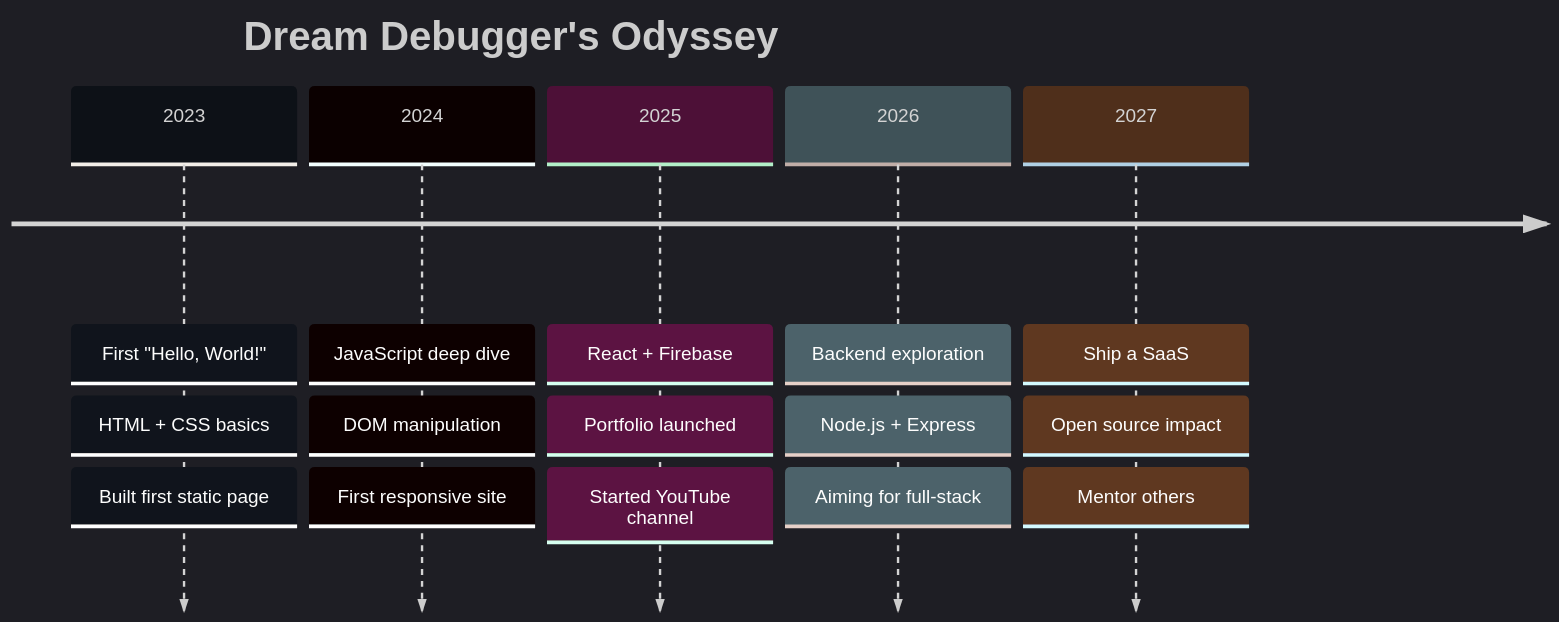
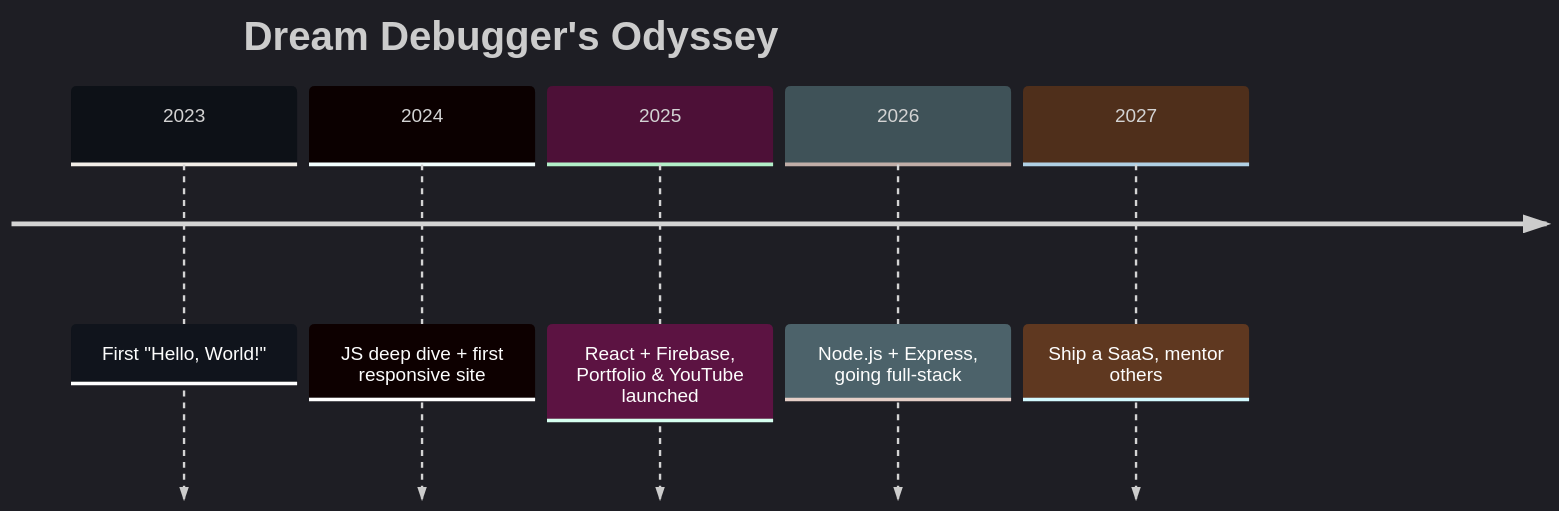
Before and after one commit to Dream-Debugger-Dev/Dream-Debugger-Dev: the diagram in README.md, drawn with Mermaid. The commit also changed other lines of this file and 2 other files, not shown here.

````diff
--- a/README.md
+++ b/README.md
@@ -193,20 +187,10 @@
 ```mermaid
 %%{init: {'theme':'dark', 'themeVariables': { 'primaryColor': '#0d1117', 'primaryTextColor': '#58a6ff', 'primaryBorderColor': '#00f5ff', 'lineColor': '#ff00ff', 'secondaryColor': '#161b22', 'tertiaryColor': '#0d1117' }}}%%
 timeline
     title Dream Debugger's Odyssey
     2023 : First "Hello, World!"
-         : HTML + CSS basics
-         : Built first static page
-    2024 : JavaScript deep dive
-         : DOM manipulation
-         : First responsive site
-    2025 : React + Firebase
-         : Portfolio launched
-         : Started YouTube channel
-    2026 : Backend exploration
-         : Node.js + Express
-         : Aiming for full-stack
-    2027 : Ship a SaaS
-         : Open source impact
-         : Mentor others
+    2024 : JS deep dive + first responsive site
+    2025 : React + Firebase, Portfolio & YouTube launched
+    2026 : Node.js + Express, going full-stack
+    2027 : Ship a SaaS, mentor others
 ```
````
